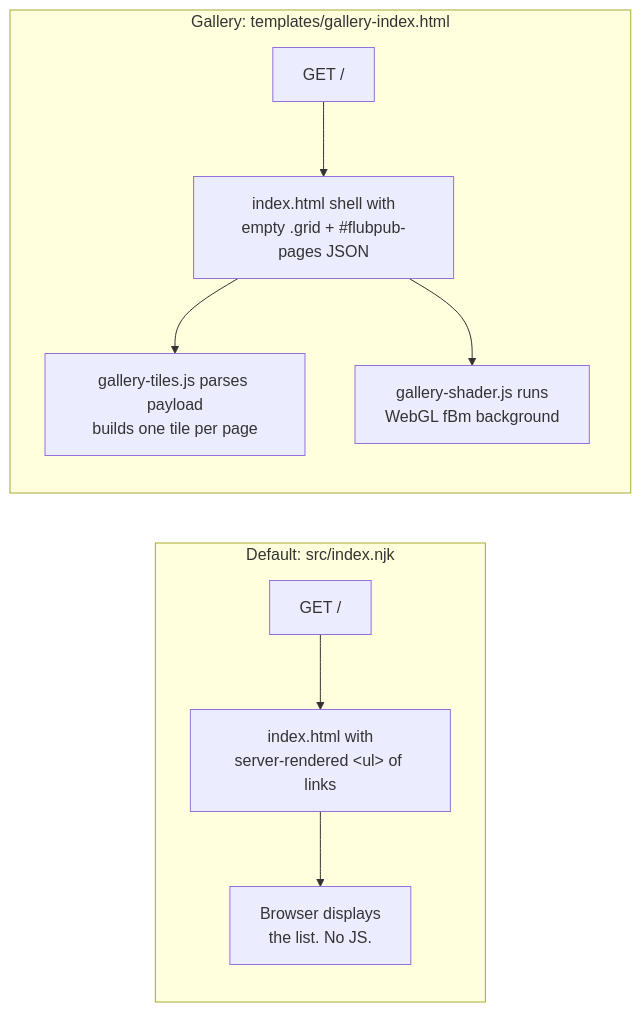
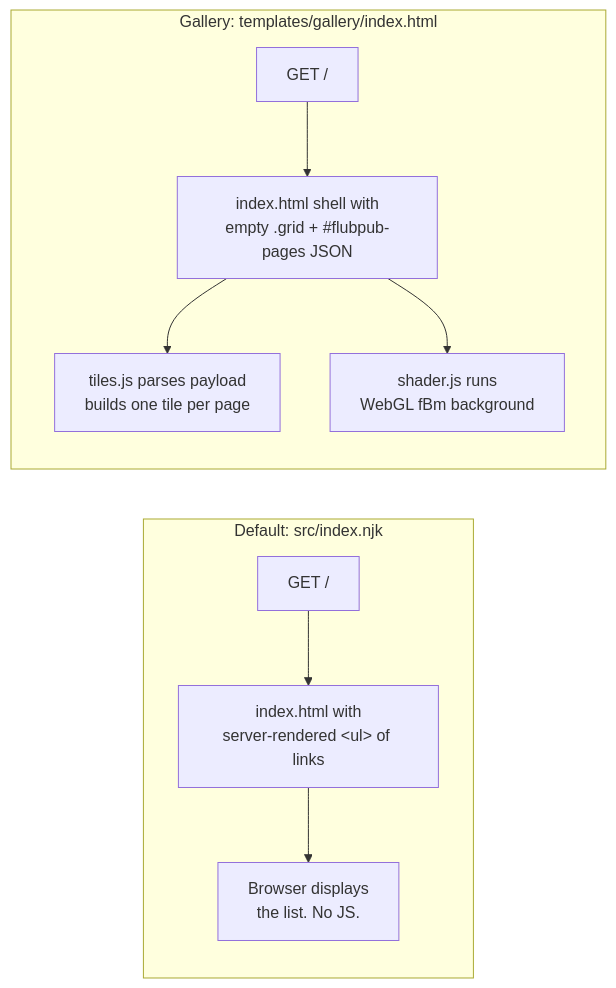
One commit to dwymark/flubpub changed the second of 2 diagrams in README.md. Above: the diagram before and after it, drawn with Mermaid. The commit also changed other lines of this file and 9 other files, not shown here.

````diff
--- a/README.md
+++ b/README.md
@@ -69,15 +70,15 @@
 ```mermaid
 flowchart LR
     subgraph defaultMode[Default: src/index.njk]
         direction TB
         D1["GET /"] --> D2["index.html with<br/>server-rendered &lt;ul&gt; of links"]
         D2 --> D3["Browser displays<br/>the list. No JS."]
     end
 
-    subgraph galleryMode[Gallery: templates/gallery-index.html]
+    subgraph galleryMode[Gallery: templates/gallery/index.html]
         direction TB
         G1["GET /"] --> G2["index.html shell with<br/>empty .grid + #flubpub-pages JSON"]
-        G2 --> G3["gallery-tiles.js parses payload<br/>builds one tile per page"]
-        G2 --> G4["gallery-shader.js runs<br/>WebGL fBm background"]
+        G2 --> G3["tiles.js parses payload<br/>builds one tile per page"]
+        G2 --> G4["shader.js runs<br/>WebGL fBm background"]
     end
 ```
````
